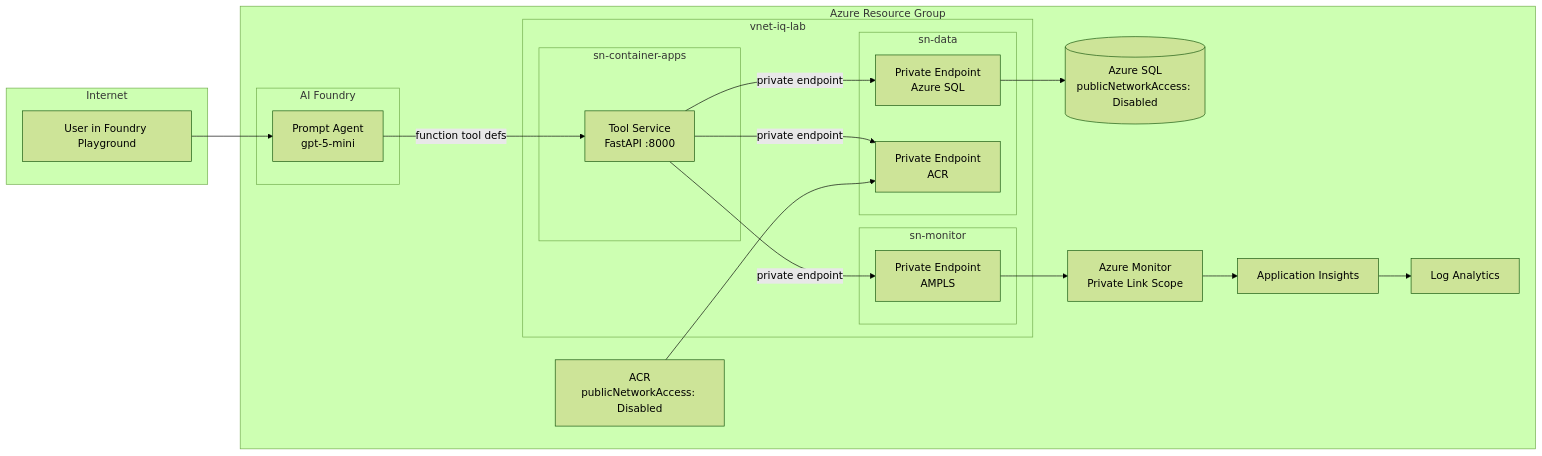
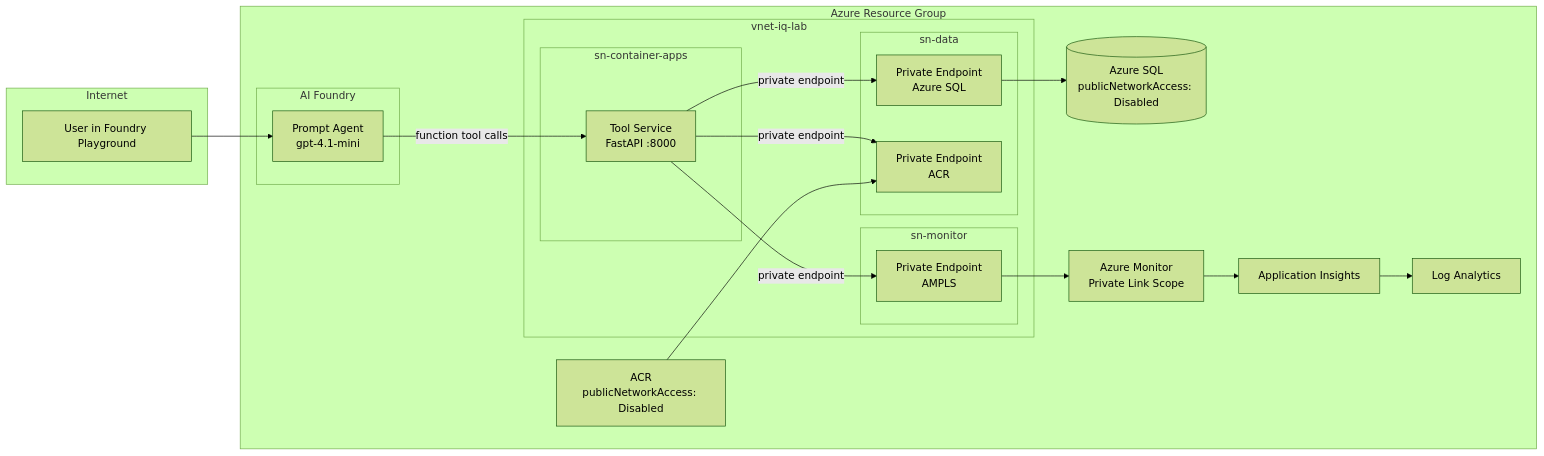
One commit to aionic/IQ-Workshop changed the second of 3 diagrams in docs/architecture.md. Above: the diagram before and after it, drawn with Mermaid (forest theme). The commit also changed other lines of this file and 14 other files, not shown here.

First line of the commit message:
refactor: Agent Framework v2 SDK + gpt-4.1-mini model switch

````diff
--- a/docs/architecture.md
+++ b/docs/architecture.md
@@ -62,37 +62,37 @@
 ```mermaid
 flowchart LR
   subgraph Internet
     U[User in Foundry Playground]
   end
 
   subgraph Azure["Azure Resource Group"]
     subgraph Foundry["AI Foundry"]
-      PA[Prompt Agent<br/>gpt-5-mini]
+      PA[Prompt Agent<br/>gpt-4.1-mini]
     end
     subgraph VNet["vnet-iq-lab"]
       subgraph sn_app["sn-container-apps"]
         CA[Tool Service<br/>FastAPI :8000]
       end
       subgraph sn_data["sn-data"]
         PE_SQL[Private Endpoint<br/>Azure SQL]
         PE_ACR[Private Endpoint<br/>ACR]
       end
       subgraph sn_mon["sn-monitor"]
         PE_MON[Private Endpoint<br/>AMPLS]
       end
     end
     SQL[(Azure SQL<br/>publicNetworkAccess: Disabled)]
     ACR[ACR<br/>publicNetworkAccess: Disabled]
     AI[Application Insights]
     LA[Log Analytics]
     AMPLS[Azure Monitor<br/>Private Link Scope]
   end
 
   U --> PA
-  PA -->|function tool defs| CA
+  PA -->|function tool calls| CA
   CA -->|private endpoint| PE_SQL --> SQL
   CA -->|private endpoint| PE_ACR
   ACR --> PE_ACR
   CA -->|private endpoint| PE_MON --> AMPLS
   AMPLS --> AI --> LA
 ```
````
